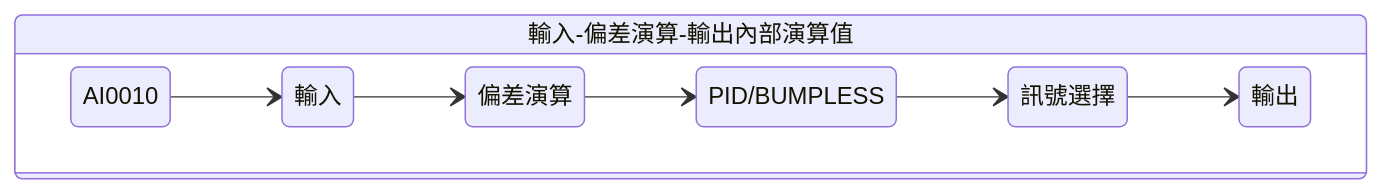
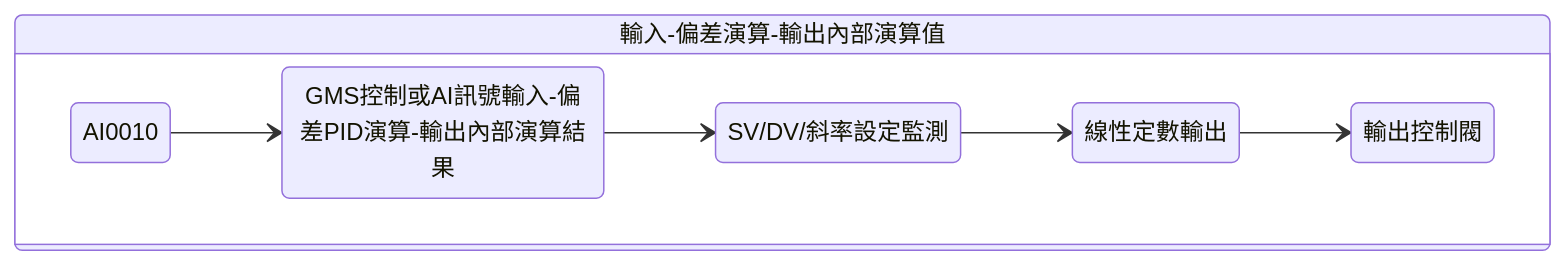
The second of 3 diagrams in EX-N01A-NOTE/ST1-4/DDC/Loop.md (HachiTsai/Hello-World), drawn with Mermaid before and after one commit. The commit also changed other lines of this file and 12 other files, not shown here.

````diff
--- a/EX-N01A-NOTE/ST1-4/DDC/Loop.md
+++ b/EX-N01A-NOTE/ST1-4/DDC/Loop.md
@@ -30,19 +32,17 @@
 ```mermaid
 stateDiagram-v2 
     %%Input
         AI0010 : AI0010
-    state "輸入-偏差演算-輸出內部演算值" as Input1{
+    state "輸入-偏差演算-輸出內部演算值" as Process{
         direction LR
-        F02B05 : 輸入 
-        F04B20 : 偏差演算
-        F05B25 : PID/BUMPLESS
-        F13B30 : 訊號選擇
-        F07B33 : 輸出
+            A : GMS控制或AI訊號輸入-偏差PID演算-輸出內部演算結果
+            B : SV/DV/斜率設定監測
+            C : 線性定數輸出
+            D : 輸出控制閥
 
-        AI0010 --> F02B05
-        F02B05 --> F04B20
-        F04B20 --> F05B25
-        F05B25 --> F13B30
-        F13B30 --> F07B33
+            AI0010 --> A
+            A --> B
+            B --> C
+            C --> D
     }
 ```
````
